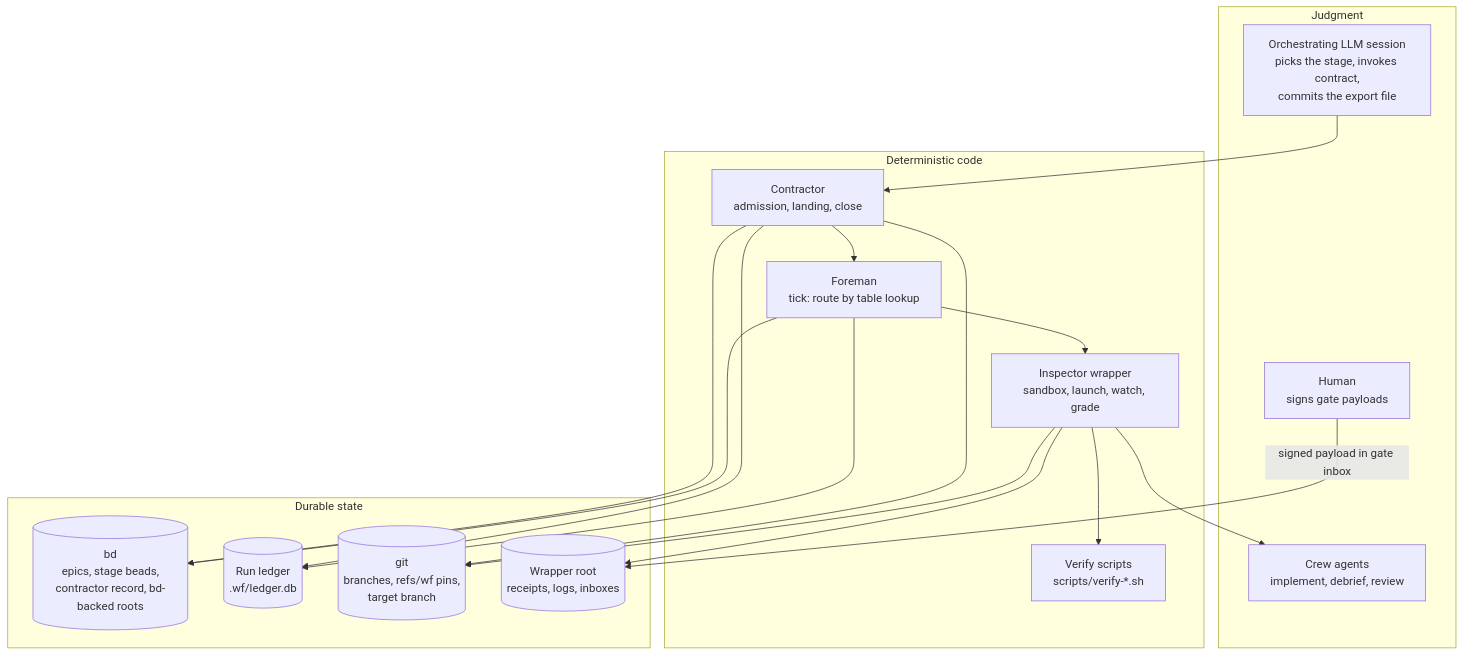
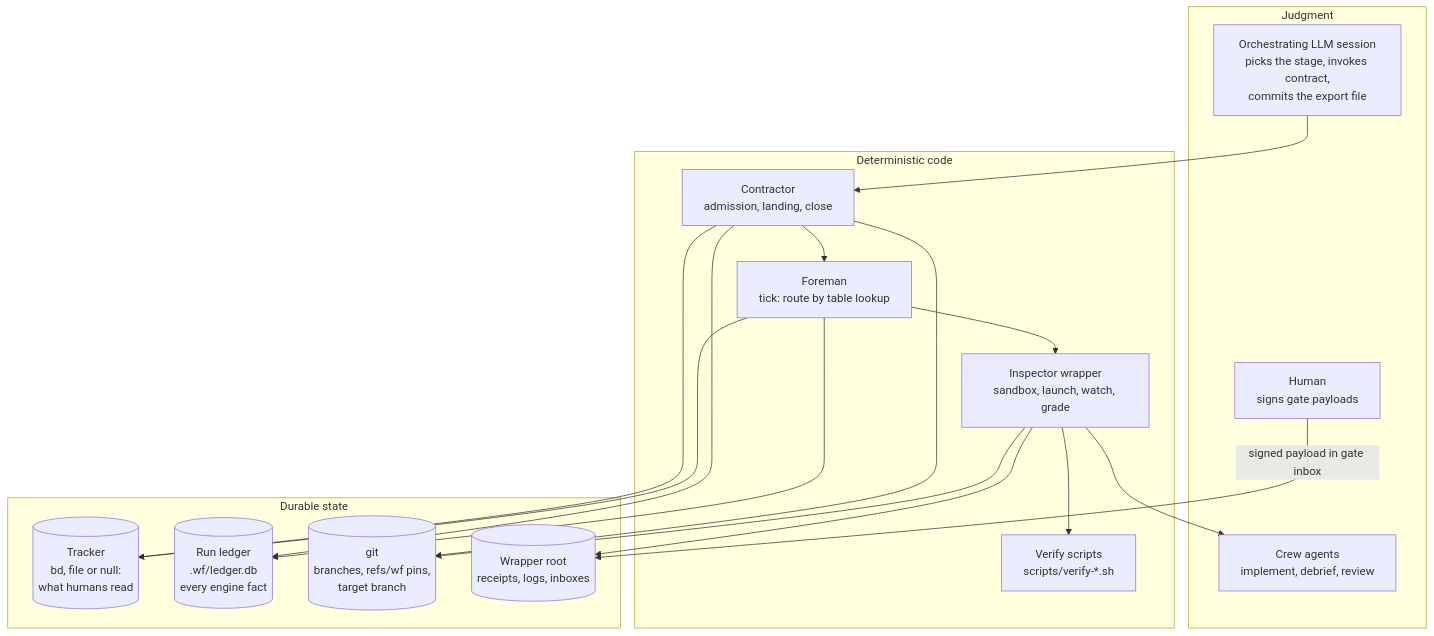
One commit to MVPavan/coding-ritual changed the second of 45 diagrams in docs/workflow-interpreter-guide/diagrams.md. Above: the diagram before and after it, drawn with Mermaid. The commit also changed other lines of this file and 7 other files, not shown here.

````diff
--- a/docs/workflow-interpreter-guide/diagrams.md
+++ b/docs/workflow-interpreter-guide/diagrams.md
@@ -121,33 +124,33 @@
 ```mermaid
 flowchart TB
   subgraph JUDGMENT["Judgment"]
     HUMAN["Human<br/>signs gate payloads"]
     LLM["Orchestrating LLM session<br/>picks the stage, invokes contract,<br/>commits the export file"]
     CREWS["Crew agents<br/>implement, debrief, review"]
   end
   subgraph DETERMINISTIC["Deterministic code"]
     CONTRACTOR["Contractor<br/>admission, landing, close"]
     FOREMAN["Foreman<br/>tick: route by table lookup"]
     SUPER["Inspector wrapper<br/>sandbox, launch, watch, grade"]
     VERIFY["Verify scripts<br/>scripts/verify-*.sh"]
   end
   subgraph STATE["Durable state"]
-    BD[("bd<br/>epics, stage beads,<br/>contractor record, bd-backed roots")]
-    LEDGER[("Run ledger<br/>.wf/ledger.db")]
+    BD[("Tracker<br/>bd, file or null:<br/>what humans read")]
+    LEDGER[("Run ledger<br/>.wf/ledger.db<br/>every engine fact")]
     GIT[("git<br/>branches, refs/wf pins,<br/>target branch")]
     WRAP[("Wrapper root<br/>receipts, logs, inboxes")]
   end
   LLM --> CONTRACTOR
   CONTRACTOR --> FOREMAN
   FOREMAN --> SUPER
   SUPER --> CREWS
   SUPER --> VERIFY
   HUMAN -->|"signed payload in gate inbox"| WRAP
   FOREMAN --> BD
   FOREMAN --> LEDGER
   SUPER --> GIT
   SUPER --> WRAP
   CONTRACTOR --> BD
   CONTRACTOR --> GIT
   CONTRACTOR --> LEDGER
 ```
````
